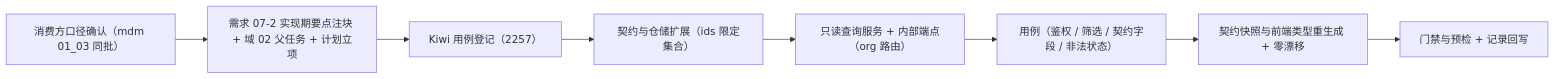
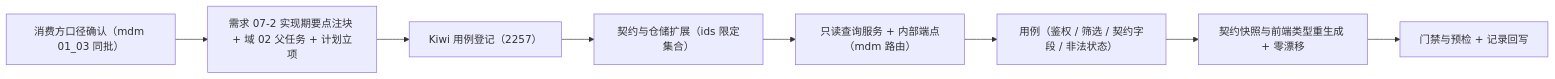
Before and after one commit to minjian123/basic-management-system: the diagram in bms文档/项目/07_RBAC基础模块/任务/02_用户与角色/02_用户与角色_06_平台用户只读出口内部契约/实施/01_实施_06_平台用户只读出口内部契约.md, drawn with Mermaid. The commit also changed other lines of this file and 501 other files, not shown here.

````diff
--- a/bms文档/项目/07_RBAC基础模块/任务/02_用户与角色/02_用户与角色_06_平台用户只读出口内部契约/实施/01_实施_06_平台用户只读出口内部契约.md
+++ b/bms文档/项目/07_RBAC基础模块/任务/02_用户与角色/02_用户与角色_06_平台用户只读出口内部契约/实施/01_实施_06_平台用户只读出口内部契约.md
@@ -23,10 +23,10 @@
 ```mermaid
 flowchart LR
     A[消费方口径确认（mdm 01_03 同批）] --> B[需求 07-2 实现期要点注块 + 域 02 父任务 + 计划立项]
     B --> C[Kiwi 用例登记（2257）]
     C --> D[契约与仓储扩展（ids 限定集合）]
-    D --> E[只读查询服务 + 内部端点（org 路由）]
+    D --> E[只读查询服务 + 内部端点（mdm 路由）]
     E --> F[用例（鉴权 / 筛选 / 契约字段 / 非法状态）]
     F --> G[契约快照与前端类型重生成 + 零漂移]
     G --> H[门禁与预检 + 记录回写]
 ```
````
